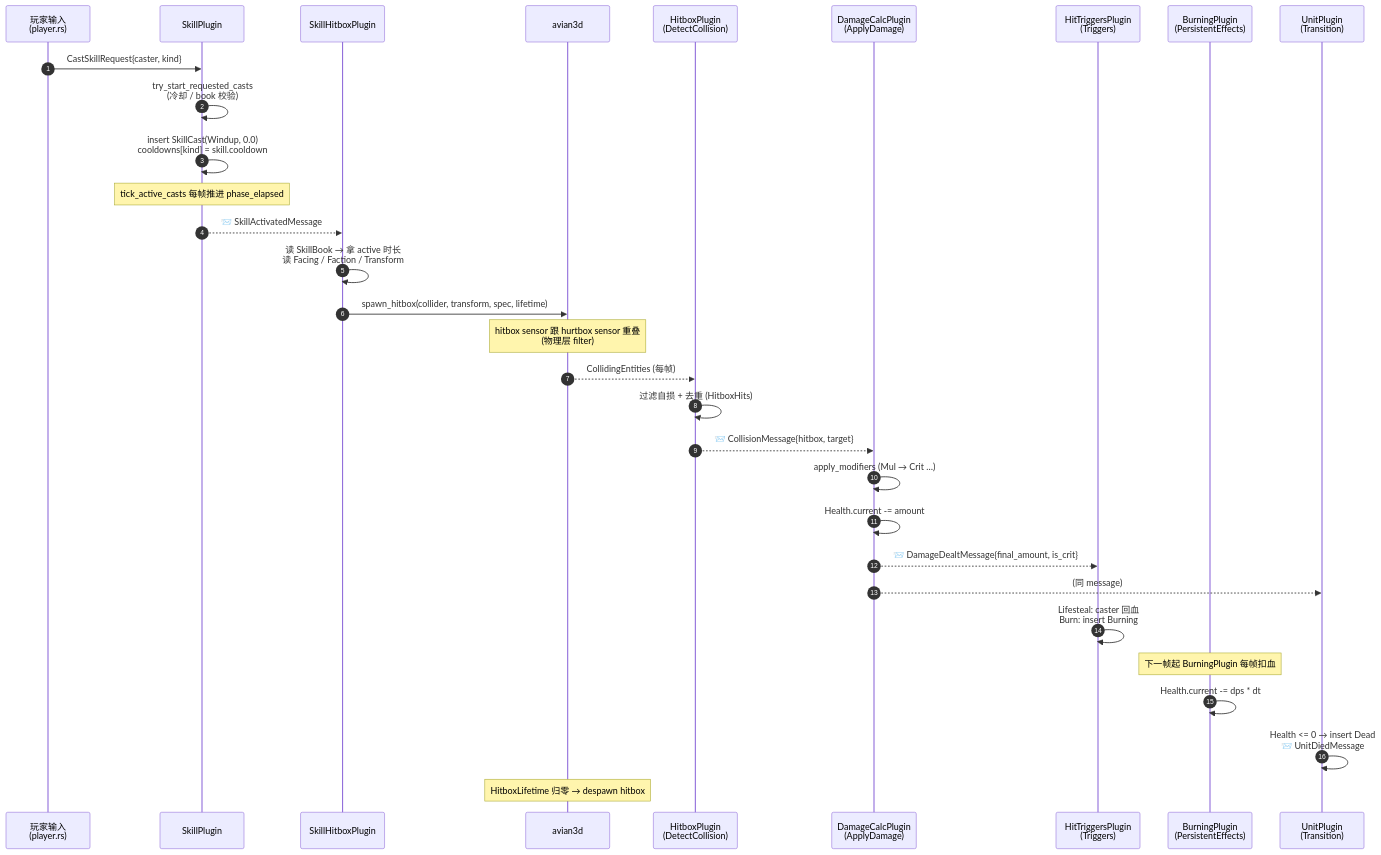
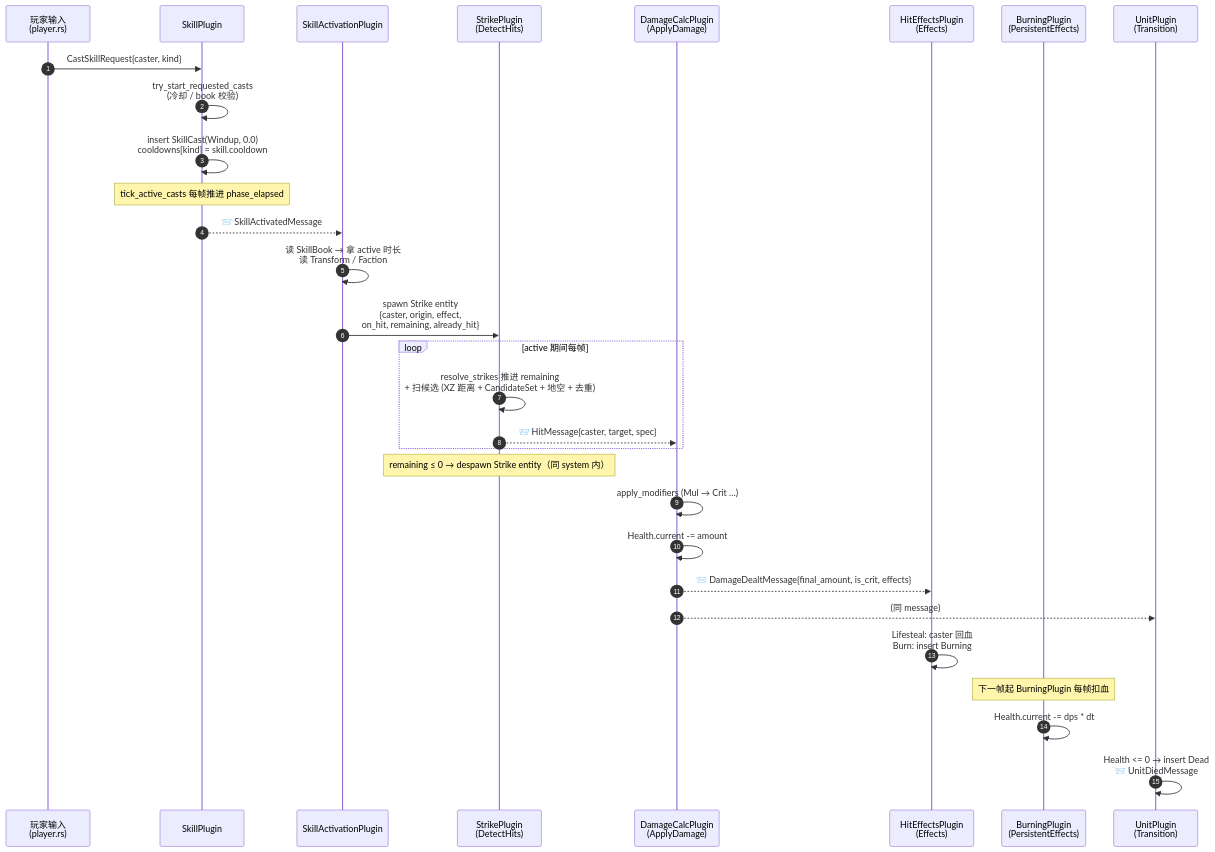
One commit to seekerlee/percussion changed the fifth of 12 diagrams in doc/skill-system.md. Above: the diagram before and after it, drawn with Mermaid. The commit also changed other lines of this file, not shown here.

Commit message:
重写 doc/skill-system.md：同步到当前 Strike / CandidateSet / DamagePipeline

````diff
--- a/doc/skill-system.md
+++ b/doc/skill-system.md
@@ -209,41 +360,40 @@
 ```mermaid
 sequenceDiagram
     autonumber
     participant Input as 玩家输入<br/>(player.rs)
     participant Cast as SkillPlugin
-    participant Bridge as SkillHitboxPlugin
-    participant Phys as avian3d
-    participant Detect as HitboxPlugin<br/>(DetectCollision)
+    participant Bridge as SkillActivationPlugin
+    participant Strike as StrikePlugin<br/>(DetectHits)
     participant Calc as DamageCalcPlugin<br/>(ApplyDamage)
-    participant Trig as HitTriggersPlugin<br/>(Triggers)
+    participant Eff as HitEffectsPlugin<br/>(Effects)
     participant Burn as BurningPlugin<br/>(PersistentEffects)
     participant Trans as UnitPlugin<br/>(Transition)
 
     Input ->> Cast : CastSkillRequest{caster, kind}
     Cast ->> Cast : try_start_requested_casts<br/>(冷却 / book 校验)
     Cast ->> Cast : insert SkillCast(Windup, 0.0)<br/>cooldowns[kind] = skill.cooldown
 
     Note over Cast: tick_active_casts 每帧推进 phase_elapsed
 
     Cast -->> Bridge : 📨 SkillActivatedMessage
-    Bridge ->> Bridge : 读 SkillBook → 拿 active 时长<br/>读 Facing / Faction / Transform
-    Bridge ->> Phys : spawn_hitbox(collider, transform, spec, lifetime)
-    Note over Phys: hitbox sensor 跟 hurtbox sensor 重叠<br/>(物理层 filter)
+    Bridge ->> Bridge : 读 SkillBook → 拿 active 时长<br/>读 Transform / Faction
+    Bridge ->> Strike : spawn Strike entity<br/>{caster, origin, effect,<br/>on_hit, remaining, already_hit}
 
-    Phys -->> Detect : CollidingEntities (每帧)
-    Detect ->> Detect : 过滤自损 + 去重 (HitboxHits)
-    Detect -->> Calc : 📨 CollisionMessage{hitbox, target}
+    loop active 期间每帧
+        Strike ->> Strike : resolve_strikes 推进 remaining<br/>+ 扫候选 (XZ 距离 + CandidateSet + 地空 + 去重)
+        Strike -->> Calc : 📨 HitMessage{caster, target, spec}
+    end
+
+    Note over Strike: remaining ≤ 0 → despawn Strike entity（同 system 内）
 
     Calc ->> Calc : apply_modifiers (Mul → Crit …)
     Calc ->> Calc : Health.current -= amount
-    Calc -->> Trig : 📨 DamageDealtMessage{final_amount, is_crit}
+    Calc -->> Eff : 📨 DamageDealtMessage{final_amount, is_crit, effects}
     Calc -->> Trans : (同 message)
 
-    Trig ->> Trig : Lifesteal: caster 回血<br/>Burn: insert Burning
+    Eff ->> Eff : Lifesteal: caster 回血<br/>Burn: insert Burning
     Note over Burn: 下一帧起 BurningPlugin 每帧扣血
 
     Burn ->> Burn : Health.current -= dps * dt
     Trans ->> Trans : Health <= 0 → insert Dead<br/>📨 UnitDiedMessage
-
-    Note over Phys: HitboxLifetime 归零 → despawn hitbox
 ```
````
